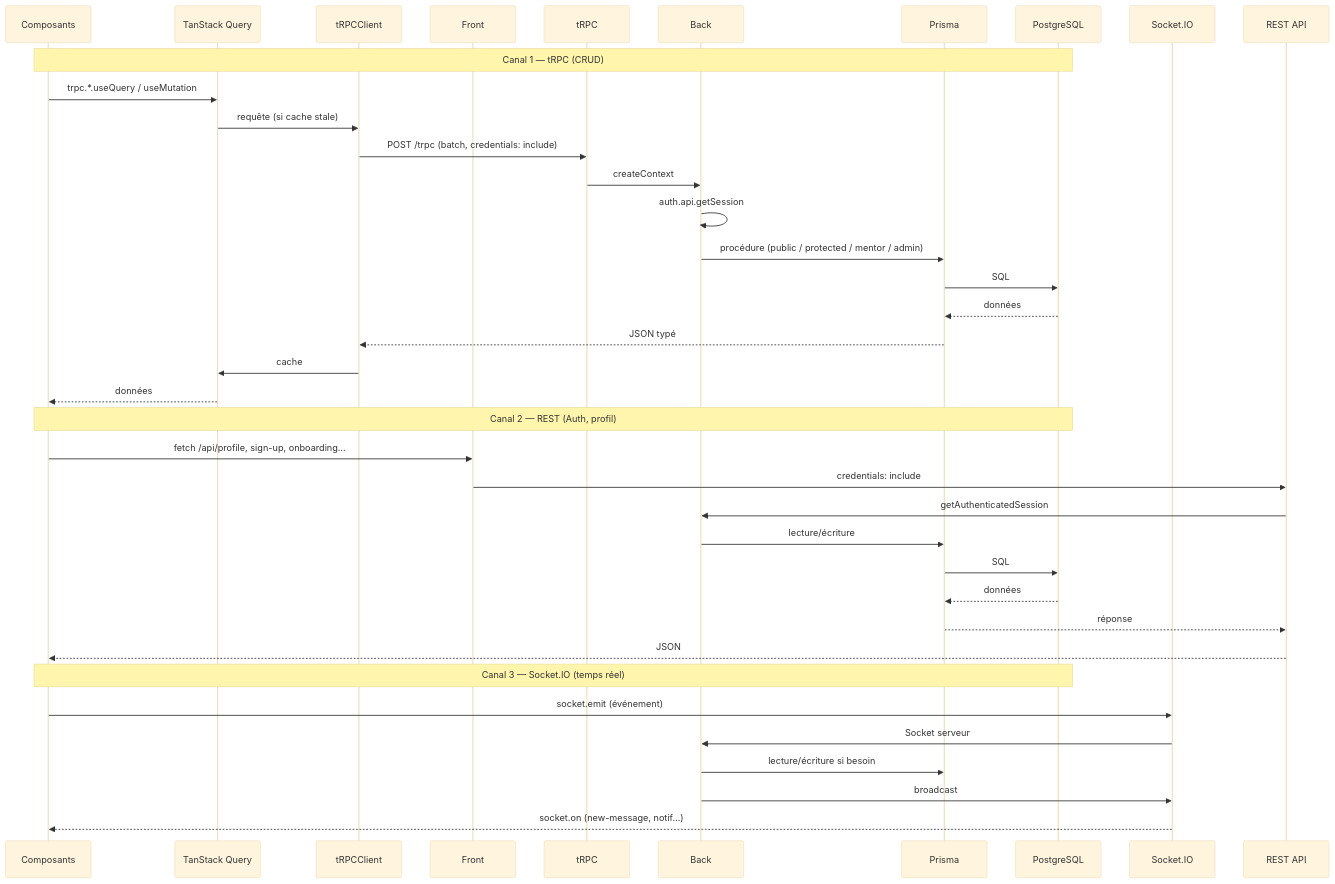
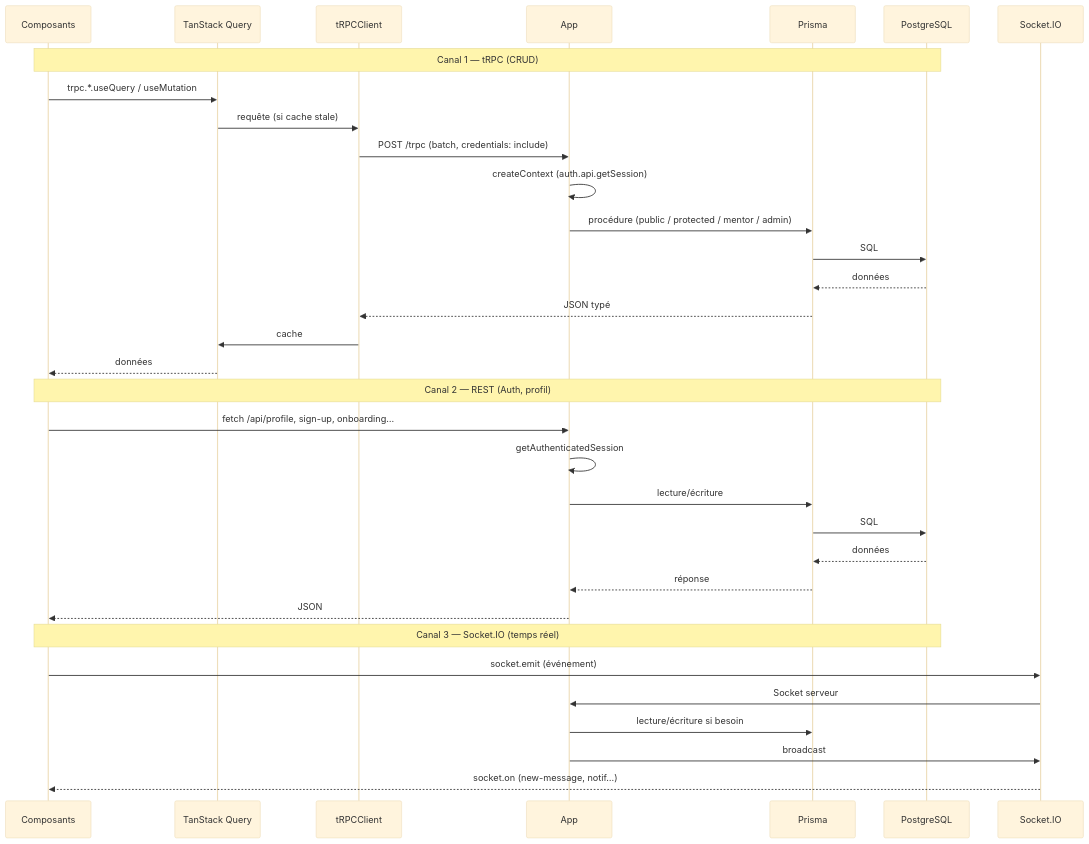
The tenth of 24 diagrams in docs/architecture.md (alice-444/ls_app), drawn with Mermaid (base theme) before and after one commit. The commit also changed other lines of this file and 8 other files, not shown here.

Commit message:
docs: update application structure and documentation to reflect unified app architecture, including shared components and deployment details

````diff
--- a/docs/architecture.md
+++ b/docs/architecture.md
@@ -394,43 +387,38 @@
 ```mermaid
 sequenceDiagram
   participant UI as Composants
   participant QC as TanStack Query
   participant TC as tRPCClient
-  participant F as Front
-  participant T as tRPC
-  participant B as Back
+  participant A as App
   participant P as Prisma
   participant DB as PostgreSQL
   participant S as Socket.IO
-  participant API as REST API
 
   Note over UI,DB: Canal 1 — tRPC (CRUD)
   UI->>QC: trpc.*.useQuery / useMutation
   QC->>TC: requête (si cache stale)
-  TC->>T: POST /trpc (batch, credentials: include)
-  T->>B: createContext
-  B->>B: auth.api.getSession
-  B->>P: procédure (public / protected / mentor / admin)
+  TC->>A: POST /trpc (batch, credentials: include)
+  A->>A: createContext (auth.api.getSession)
+  A->>P: procédure (public / protected / mentor / admin)
   P->>DB: SQL
   DB-->>P: données
   P-->>TC: JSON typé
   TC->>QC: cache
   QC-->>UI: données
 
   Note over UI,DB: Canal 2 — REST (Auth, profil)
-  UI->>F: fetch /api/profile, sign-up, onboarding…
-  F->>API: credentials: include
-  API->>B: getAuthenticatedSession
-  B->>P: lecture/écriture
+  UI->>A: fetch /api/profile, sign-up, onboarding…
+  A->>A: getAuthenticatedSession
+  A->>P: lecture/écriture
   P->>DB: SQL
   DB-->>P: données
-  P-->>API: réponse
-  API-->>UI: JSON
+  P-->>A: réponse
+  A-->>UI: JSON
 
   Note over UI,DB: Canal 3 — Socket.IO (temps réel)
   UI->>S: socket.emit (événement)
-  S->>B: Socket serveur
-  B->>P: lecture/écriture si besoin
-  B->>S: broadcast
+  S->>A: Socket serveur
+  A->>P: lecture/écriture si besoin
+  A->>S: broadcast
   S-->>UI: socket.on (new-message, notif…)
 ```
````
